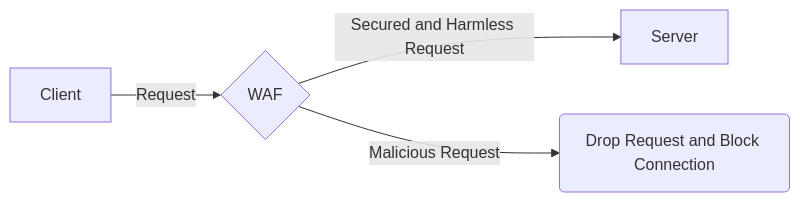
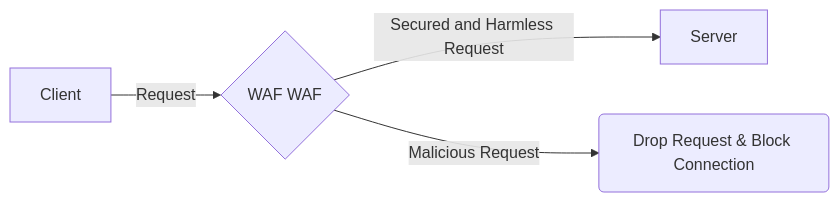
Before and after one commit to N-R-technologies/waf-waf: the diagram in README.md, drawn with Mermaid. The commit also changed other lines of this file and 5 other files, not shown here.

````diff
--- a/README.md
+++ b/README.md
@@ -24,7 +33,7 @@
 ```mermaid
 graph LR
 
-Client--Request-->WAF{WAF}
+Client--Request-->WAF{WAF WAF}
 WAF--Secured and Harmless Request-->Server
-WAF--Malicious Request-->D&B(Drop Request and Block Connection)
+WAF--Malicious Request-->D&B(Drop Request & Block Connection)
 ```
````
